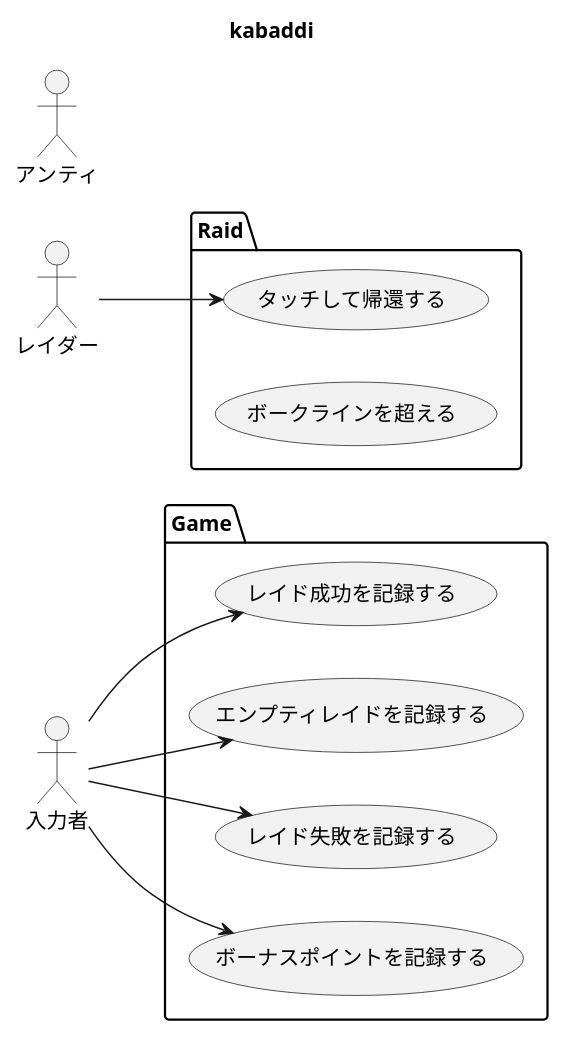
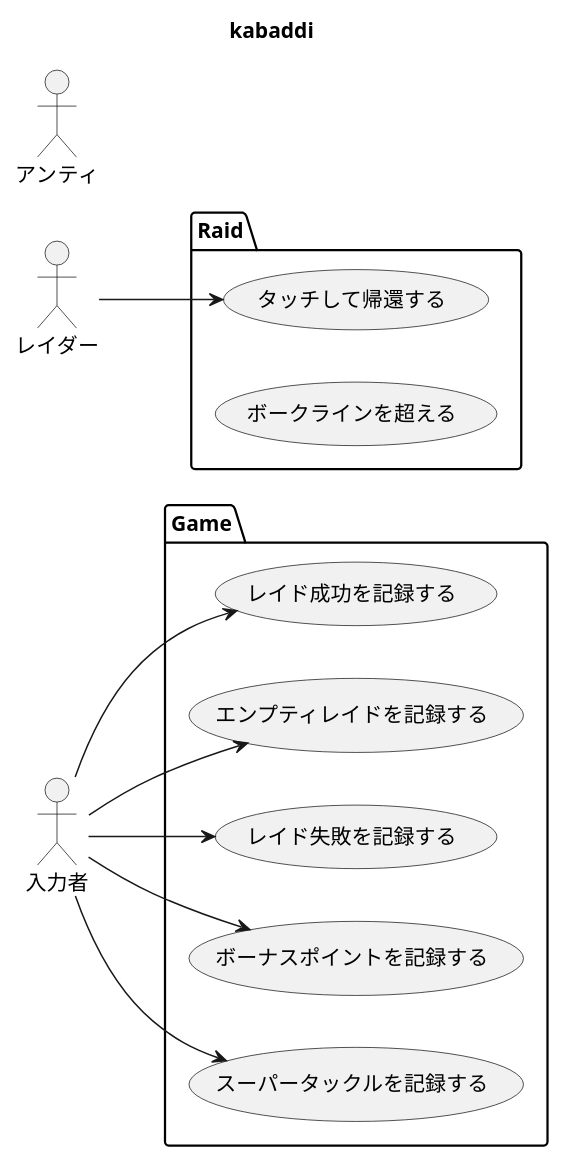
Before and after one commit to ukihot/dharma: the diagram in design/usecase_ddd.pu, drawn with PlantUML. The commit also changed 13 other files, not shown here.

```diff
--- a/design/usecase_ddd.pu
+++ b/design/usecase_ddd.pu
@@ -1,29 +1,31 @@
 @startuml kabaddi-scorer
 Title kabaddi
 
 left to right direction
 
 actor "レイダー" as r
 actor "アンティ" as a
 actor "入力者" as o
 
 package Raid {
   usecase "タッチして帰還する" as r1
   usecase "ボークラインを超える" as r2
 }
 
 package Game {
   usecase レイド成功を記録する as g1
   usecase エンプティレイドを記録する as g2
   usecase レイド失敗を記録する as g3
   usecase ボーナスポイントを記録する as g4
+  usecase スーパータックルを記録する as g5
 }
 
 r --> r1
 
 o -> g1
 o --> g2
 o --> g3
 o --> g4
+o --> g5
 
 @enduml
```
